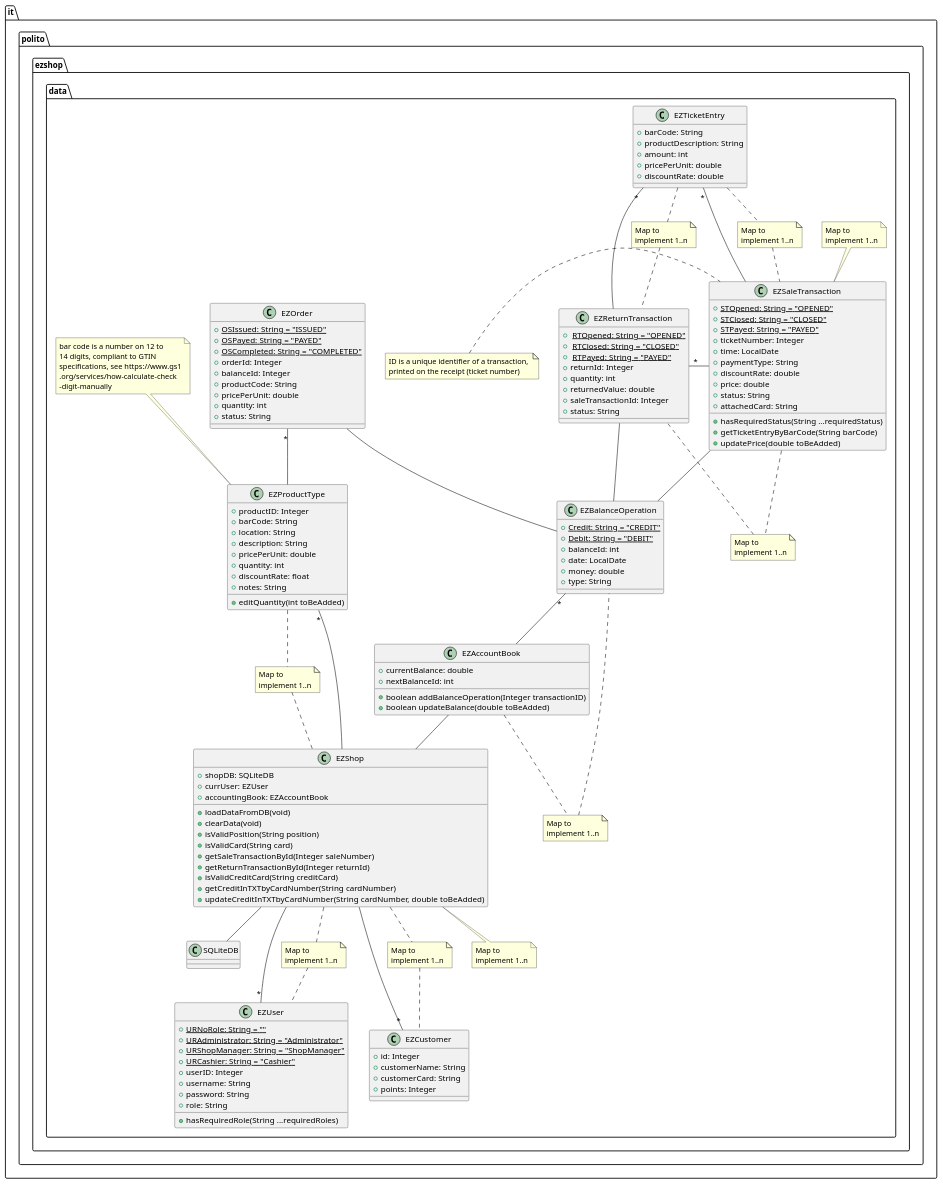
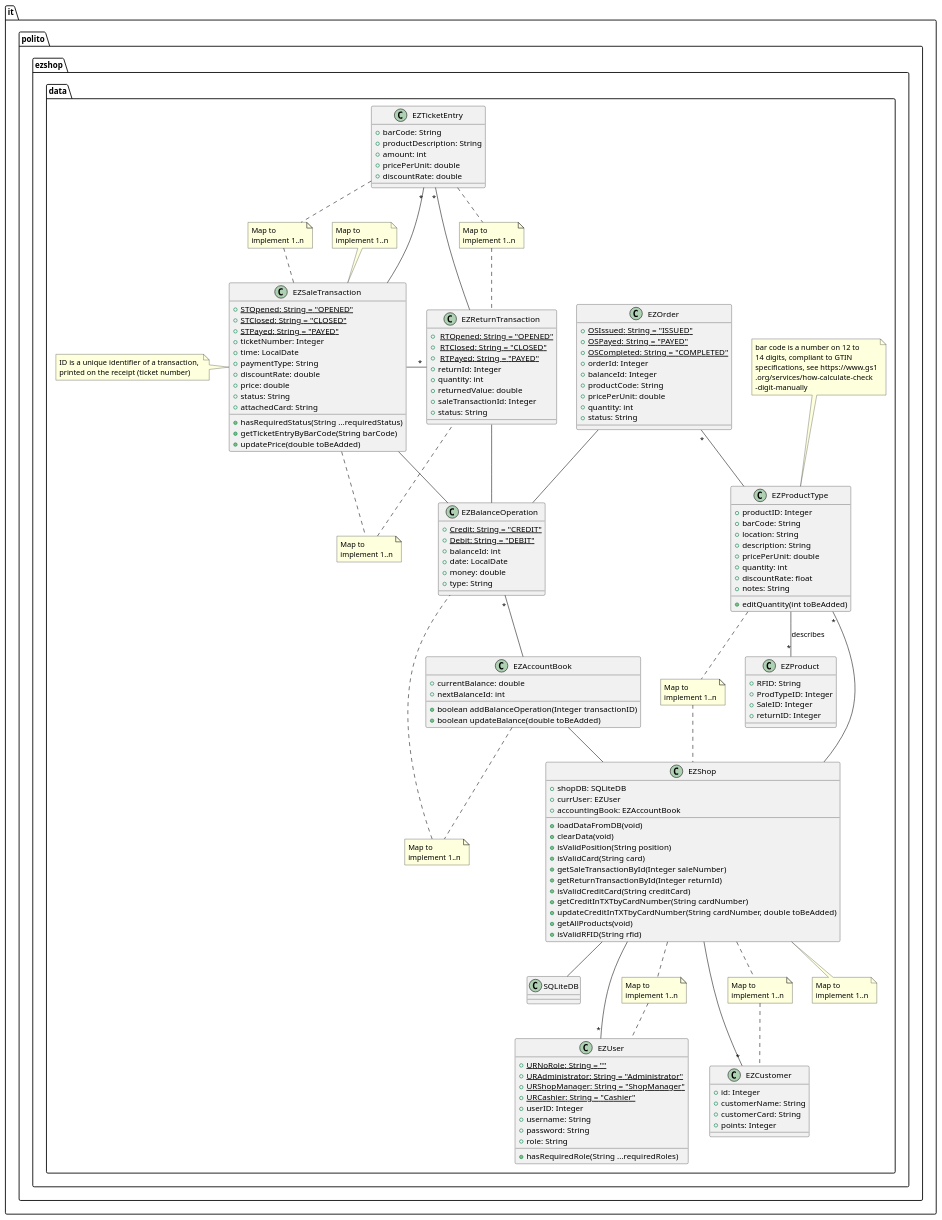
Before and after one commit to Stormz4/group20-EzShop: the third of 27 diagrams in Deliverables/DesignDocument.md, drawn with PlantUML. The commit also changed other lines of this file, not shown here.

Commit message:
Doc: RFID update

```diff
--- a/Deliverables/DesignDocument.md
+++ b/Deliverables/DesignDocument.md
@@ -166,6 +169,8 @@
     +isValidCreditCard(String creditCard)
     +getCreditInTXTbyCardNumber(String cardNumber)
     +updateCreditInTXTbyCardNumber(String cardNumber, double toBeAdded)
+    +getAllProducts(void)
+    +isValidRFID(String rfid)
 }
 
 Class SQLiteDB {
@@ -281,6 +286,15 @@
   +status: String
 }
 
+class EZProduct {
+    +RFID: String
+    +ProdTypeID: Integer
+    +SaleID: Integer
+    +returnID: Integer
+}
+
+EZProductType --"*" EZProduct: describes
+
 EZShop -down- "*" EZCustomer
 
 EZReturnTransaction "*" - EZSaleTransaction
```
